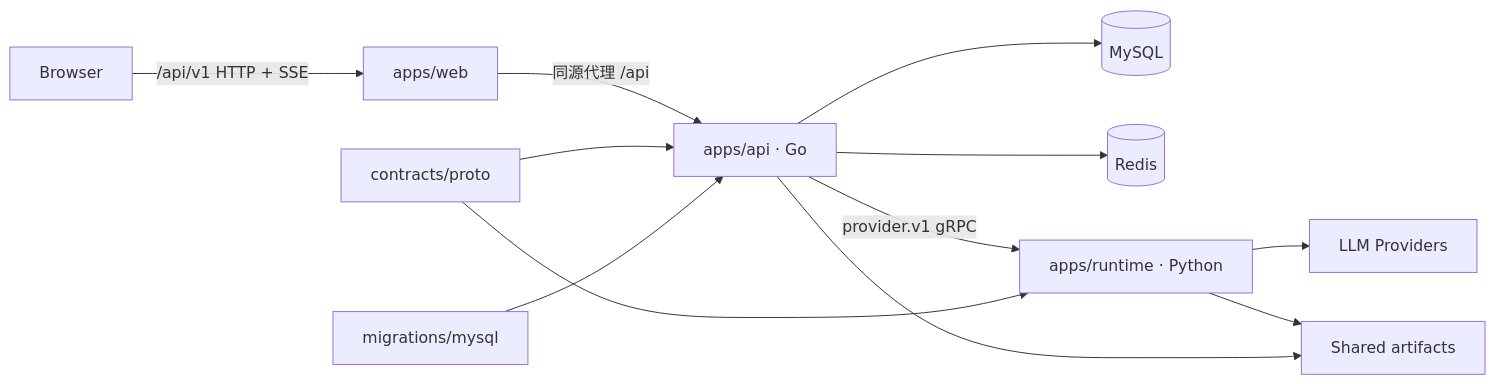
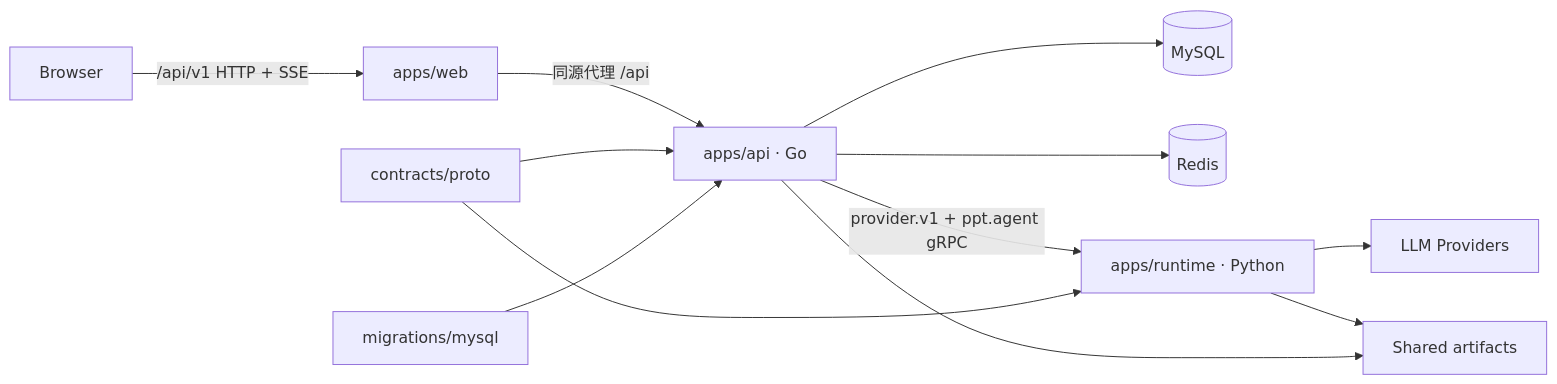
The diagram in README.md (Cuifangxiao/agent_task_platform), drawn with Mermaid before and after one commit. The commit also changed other lines of this file and 146 other files, not shown here.

````diff
--- a/README.md
+++ b/README.md
@@ -19,14 +19,14 @@
 ```mermaid
 flowchart LR
     B["Browser"] -->|"/api/v1 HTTP + SSE"| W["apps/web"]
     W -->|"同源代理 /api"| A["apps/api · Go"]
     A --> M[("MySQL")]
     A --> R[("Redis")]
-    A -->|"provider.v1 gRPC"| P["apps/runtime · Python"]
+    A -->|"provider.v1 + ppt.agent gRPC"| P["apps/runtime · Python"]
     P --> L["LLM Providers"]
     P --> F["Shared artifacts"]
     A --> F
     C["contracts/proto"] --> A
     C --> P
     G["migrations/mysql"] --> A
 ```
````
